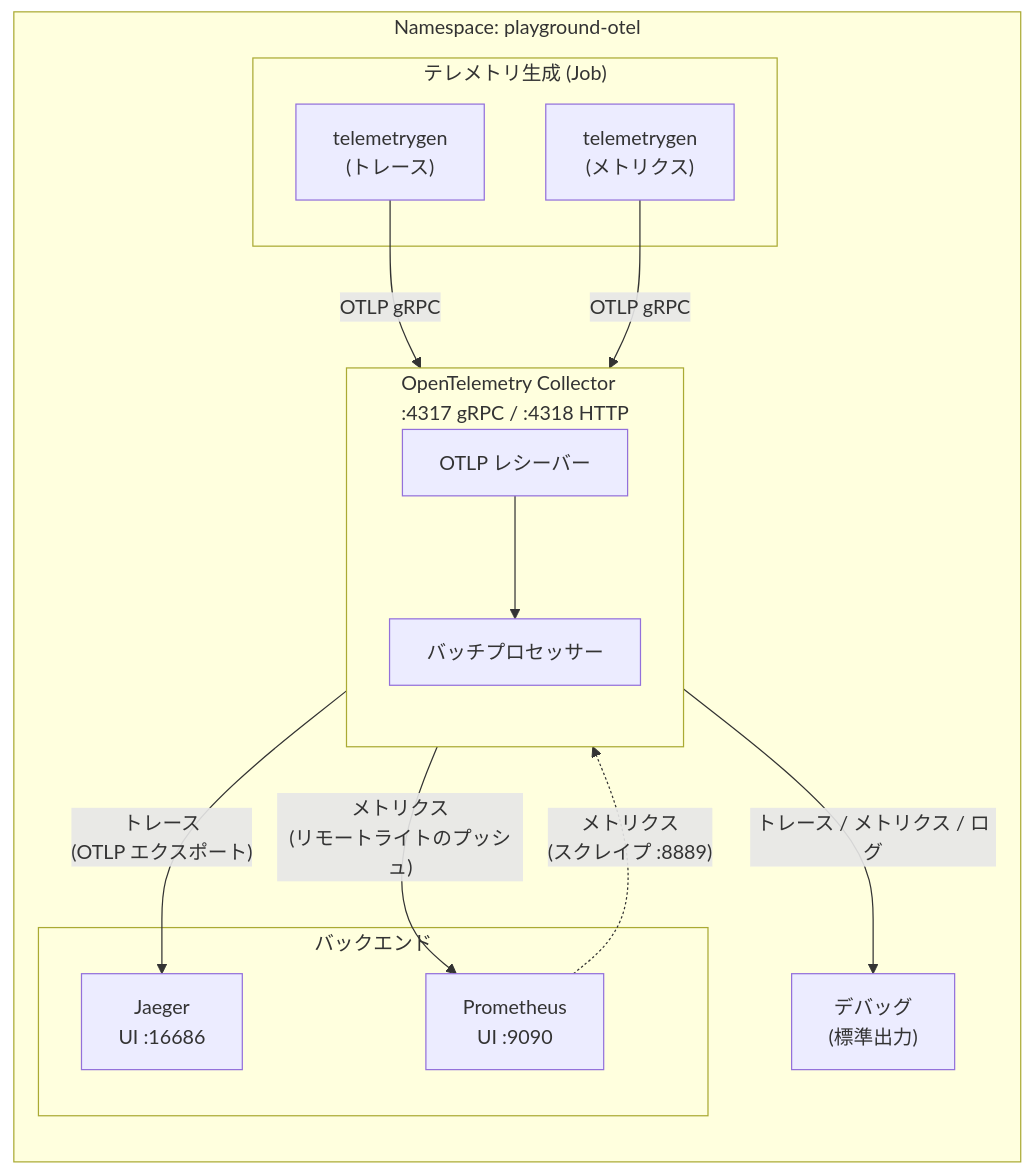
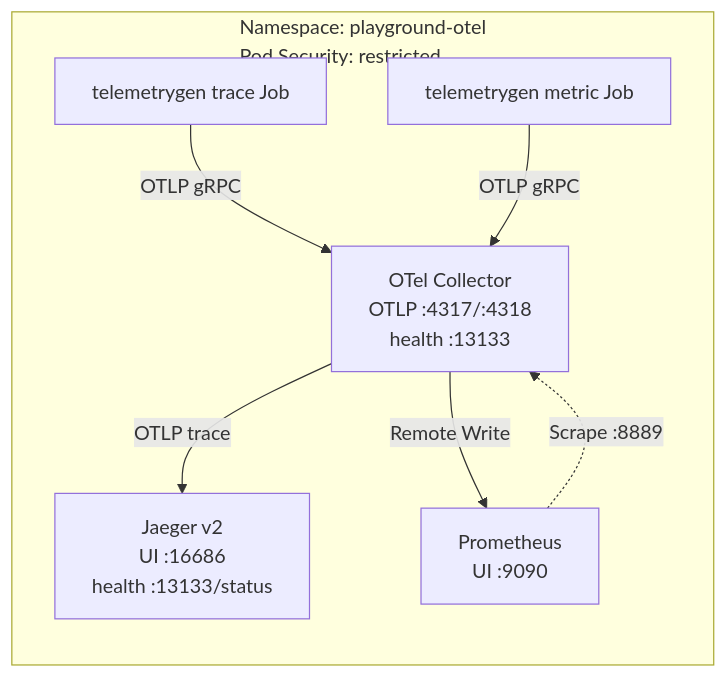
One commit to ks6088ts/template-terraform changed the diagram in infra/scenarios/azure_kubernetes_playground/examples/otel_k8s/README.ja.md. Above: the diagram before and after it, drawn with Mermaid. The commit also changed other lines of this file and 28 other files, not shown here.

First line of the commit message:
Enhance OpenTelemetry Kubernetes and Local Deployments

````diff
--- a/infra/scenarios/azure_kubernetes_playground/examples/otel_k8s/README.ja.md
+++ b/infra/scenarios/azure_kubernetes_playground/examples/otel_k8s/README.ja.md
@@ -61,29 +24,16 @@
 ```mermaid
 flowchart LR
-    subgraph ns["Namespace: playground-otel"]
-        subgraph Generators["テレメトリ生成 (Job)"]
-            GenTraces["telemetrygen<br/>(トレース)"]
-            GenMetrics["telemetrygen<br/>(メトリクス)"]
-        end
+    subgraph NS["Namespace: playground-otel<br/>Pod Security: restricted"]
+        TJ["telemetrygen trace Job"]
+        MJ["telemetrygen metric Job"]
+        COL["OTel Collector<br/>OTLP :4317/:4318<br/>health :13133"]
+        J["Jaeger v2<br/>UI :16686<br/>health :13133/status"]
+        P["Prometheus<br/>UI :9090"]
 
-        subgraph Collector["OpenTelemetry Collector<br/>:4317 gRPC / :4318 HTTP"]
-            direction TB
-            OTLP_IN["OTLP レシーバー"]
-            Batch["バッチプロセッサー"]
-            OTLP_IN --> Batch
-        end
-
-        subgraph Backends["バックエンド"]
-            Jaeger["Jaeger<br/>UI :16686"]
-            Prometheus["Prometheus<br/>UI :9090"]
-        end
-
-        GenTraces -- "OTLP gRPC" --> OTLP_IN
-        GenMetrics -- "OTLP gRPC" --> OTLP_IN
-
-        Batch -- "トレース<br/>(OTLP エクスポート)" --> Jaeger
-        Batch -- "メトリクス<br/>(リモートライトのプッシュ)" --> Prometheus
-        Prometheus -. "メトリクス<br/>(スクレイプ :8889)" .-> Batch
-        Batch -- "トレース / メトリクス / ログ" --> Debug["デバッグ<br/>(標準出力)"]
+        TJ -->|OTLP gRPC| COL
+        MJ -->|OTLP gRPC| COL
+        COL -->|OTLP trace| J
+        COL -->|Remote Write| P
+        P -.->|Scrape :8889| COL
     end
 ```
````
